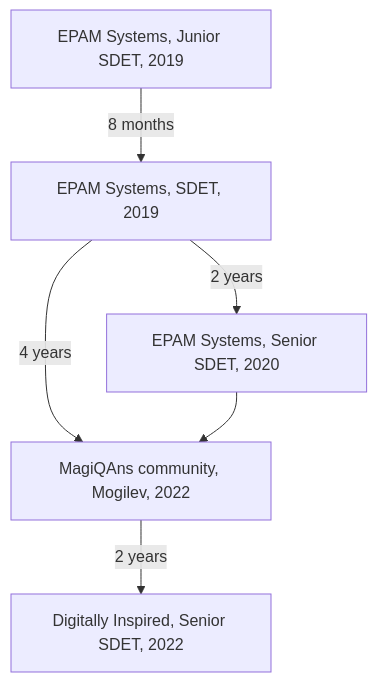
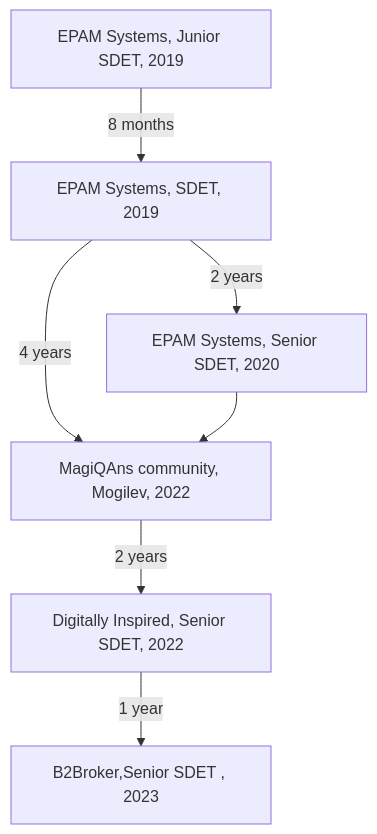
One commit to vitalics/vitalics changed the first of 2 diagrams in README.md. Above: the diagram before and after it, drawn with Mermaid.

````diff
--- a/README.md
+++ b/README.md
@@ -36,7 +36,8 @@
 ```mermaid
 flowchart TB
     A[EPAM Systems, Junior SDET, 2019] -->|8 months| B
     B --> |4 years| D[MagiQAns community, Mogilev, 2022]
     B[EPAM Systems, SDET, 2019] -->|2 years| C[EPAM Systems, Senior SDET, 2020] --> D
     D -->|2 years| E[Digitally Inspired, Senior SDET, 2022]
+    E -->|1 year| F[B2Broker,Senior SDET , 2023]
 ```
````
